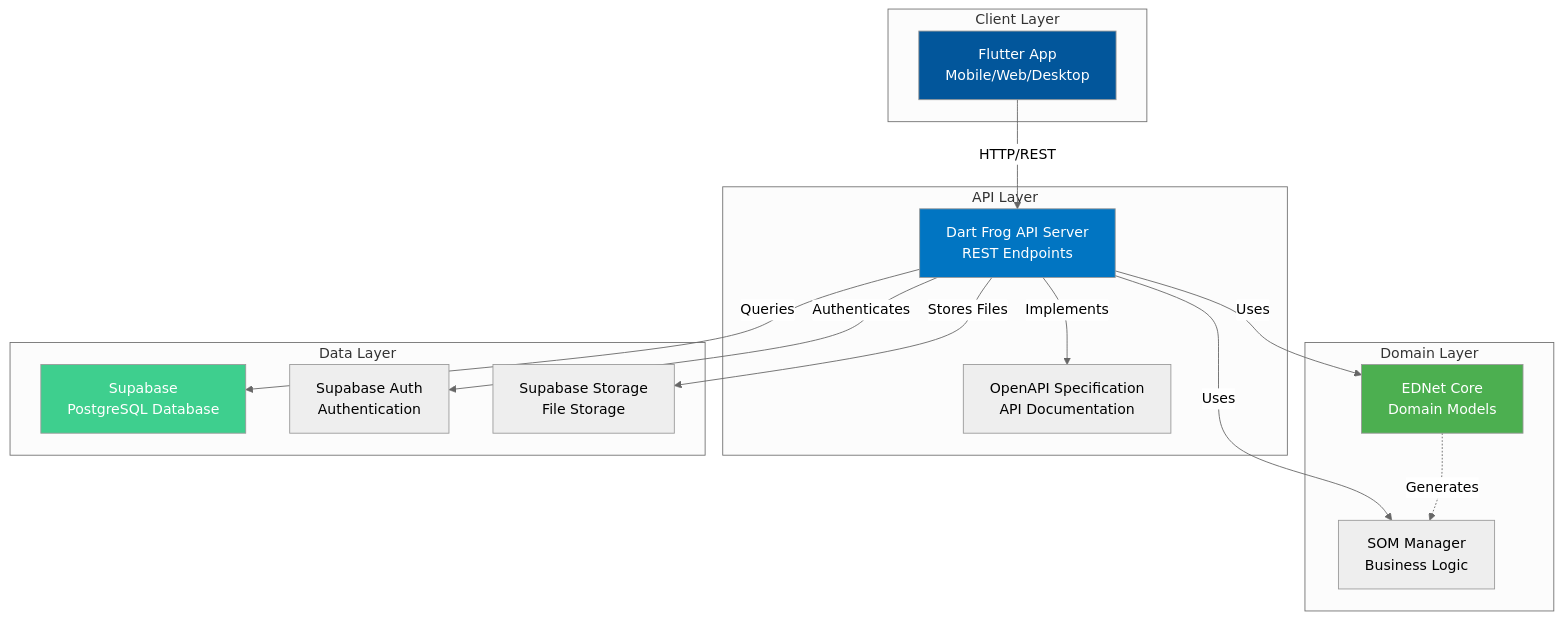
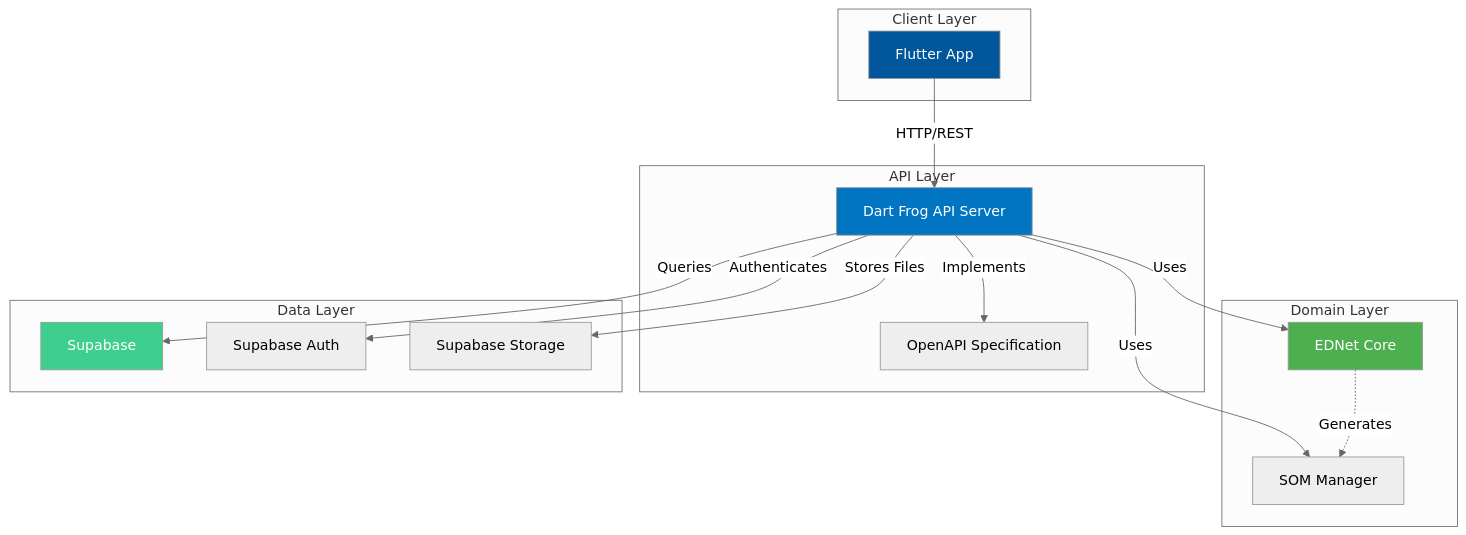
The diagram in README.md (ednet-org/som-app), drawn with Mermaid (neutral theme) before and after one commit. The commit also changed 1 other file, not shown here.

Commit message:
fix(docs): Simplify Mermaid diagram labels for GitHub compatibility.
Removed br tags from Mermaid node labels as GitHub's renderer does not support HTML tags in diagram labels.

````diff
--- a/README.md
+++ b/README.md
@@ -90,36 +90,36 @@
 ```mermaid
 graph TB
     subgraph "Client Layer"
-        A[Flutter App<br/>Mobile/Web/Desktop]
+        A[Flutter App]
     end
 
     subgraph "API Layer"
-        B[Dart Frog API Server<br/>REST Endpoints]
-        C[OpenAPI Specification<br/>API Documentation]
+        B[Dart Frog API Server]
+        C[OpenAPI Specification]
     end
 
     subgraph "Domain Layer"
-        D[EDNet Core<br/>Domain Models]
-        E[SOM Manager<br/>Business Logic]
+        D[EDNet Core]
+        E[SOM Manager]
     end
 
     subgraph "Data Layer"
-        F[Supabase<br/>PostgreSQL Database]
-        G[Supabase Auth<br/>Authentication]
-        H[Supabase Storage<br/>File Storage]
+        F[Supabase]
+        G[Supabase Auth]
+        H[Supabase Storage]
     end
 
     A -->|HTTP/REST| B
     B -->|Implements| C
     B -->|Uses| D
     B -->|Uses| E
     B -->|Queries| F
     B -->|Authenticates| G
     B -->|Stores Files| H
     D -.->|Generates| E
 
     style A fill:#02569B,color:#fff
     style B fill:#0175C2,color:#fff
     style D fill:#4CAF50,color:#fff
     style F fill:#3ECF8E,color:#fff
 ```
````
